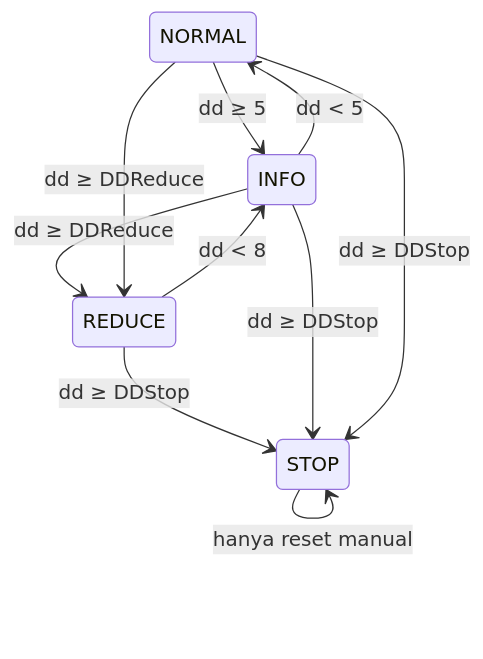
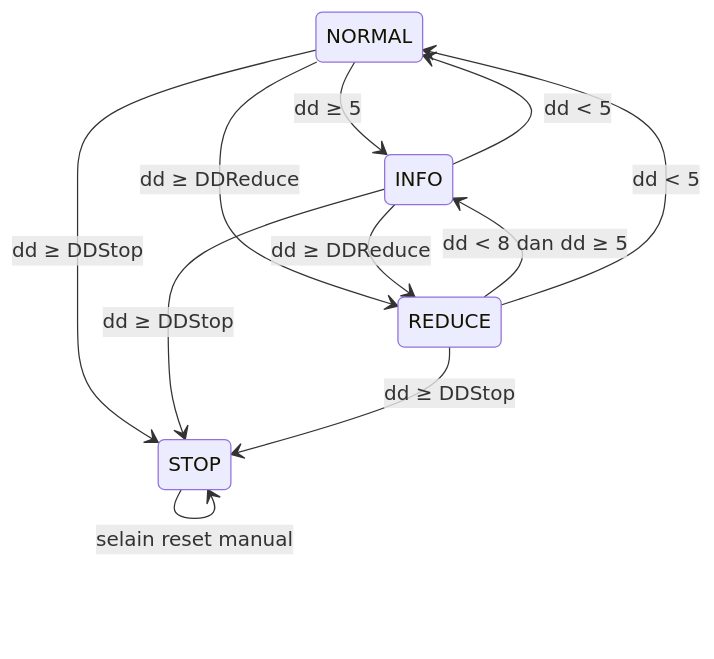
The second of 2 diagrams in sdbot/specs/ea-05-risk/design.md (ndra969/trading-bot), drawn with Mermaid before and after one commit. The commit also changed other lines of this file and 43 other files, not shown here.

````diff
--- a/sdbot/specs/ea-05-risk/design.md
+++ b/sdbot/specs/ea-05-risk/design.md
@@ -46,12 +89,13 @@
 ```mermaid
 stateDiagram-v2
     NORMAL --> INFO: dd ≥ 5
     INFO --> NORMAL: dd < 5
+    NORMAL --> REDUCE: dd ≥ DDReduce
     INFO --> REDUCE: dd ≥ DDReduce
-    NORMAL --> REDUCE: dd ≥ DDReduce
-    REDUCE --> INFO: dd < 8
+    REDUCE --> INFO: dd < 8 dan dd ≥ 5
+    REDUCE --> NORMAL: dd < 5
+    NORMAL --> STOP: dd ≥ DDStop
+    INFO --> STOP: dd ≥ DDStop
     REDUCE --> STOP: dd ≥ DDStop
-    INFO --> STOP: dd ≥ DDStop
-    NORMAL --> STOP: dd ≥ DDStop
-    STOP --> STOP: hanya reset manual
+    STOP --> STOP: selain reset manual
 ```
````
